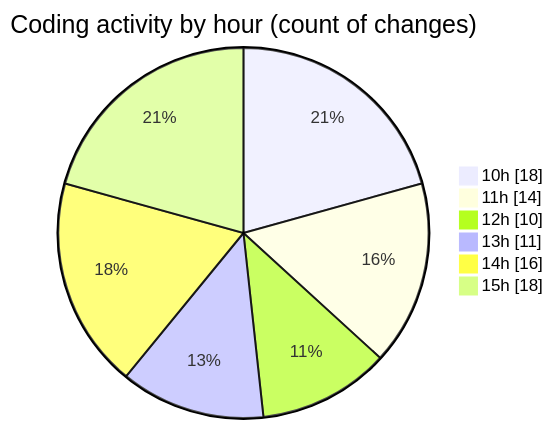
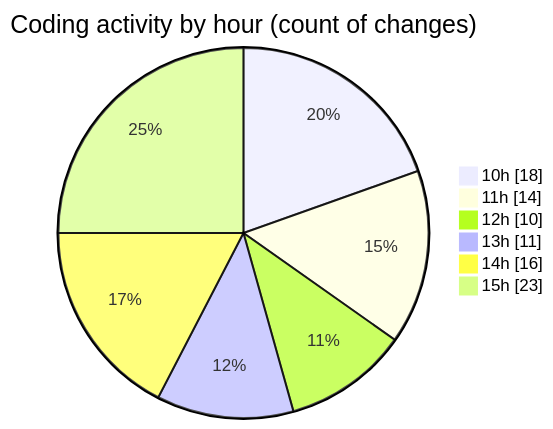
One commit to momahboobian/code-tracking changed the second of 2 diagrams in 2026-05-22/cda/README.md. Above: the diagram before and after it, drawn with Mermaid. The commit also changed other lines of this file and 1 other file, not shown here.

````diff
--- a/2026-05-22/cda/README.md
+++ b/2026-05-22/cda/README.md
@@ -46,10 +46,10 @@
 ```mermaid
 pie showData
 title Coding activity by hour (count of changes)
 "10h" : 18
 "11h" : 14
 "12h" : 10
 "13h" : 11
 "14h" : 16
-"15h" : 18
+"15h" : 23
 ```
````
